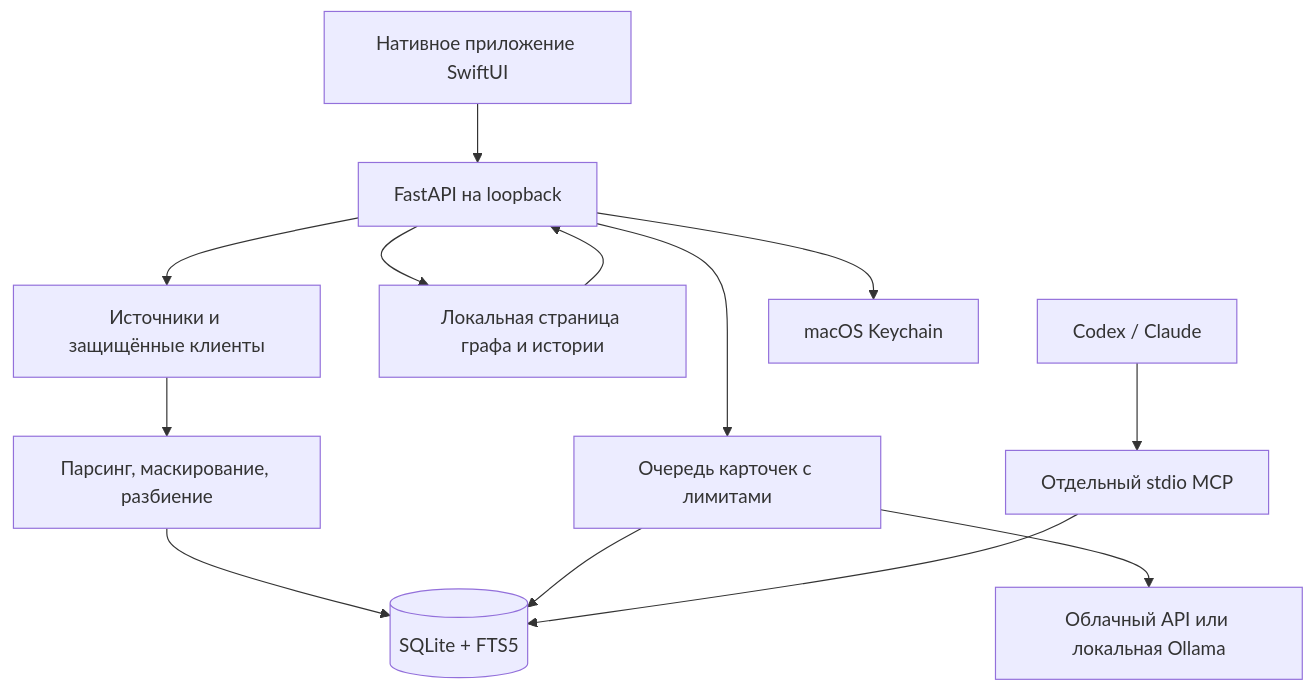
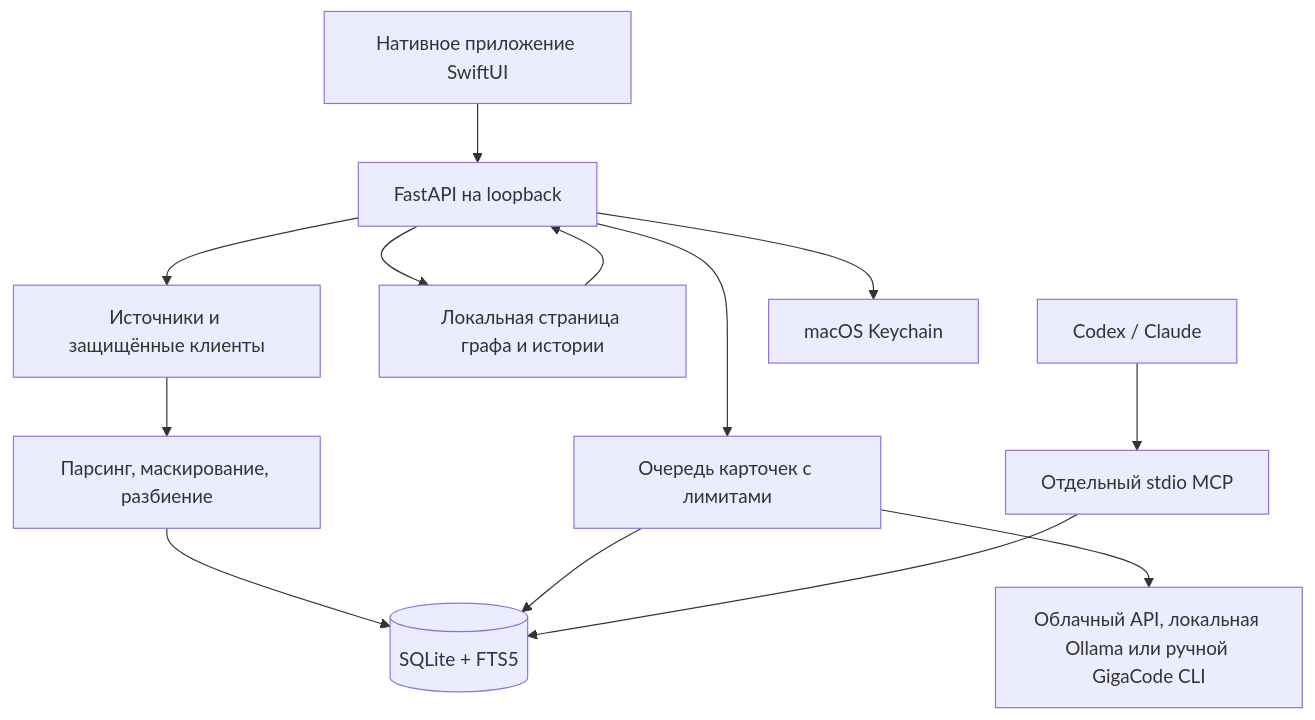
The diagram in docs/architecture.ru.md (PandaTBE/second-brain), drawn with Mermaid before and after one commit. The commit also changed other lines of this file and 41 other files, not shown here.

Commit message:
feat: release Second Brain 0.3.0 with GigaCode CLI

````diff
--- a/docs/architecture.ru.md
+++ b/docs/architecture.ru.md
@@ -7,15 +7,15 @@
 ```mermaid
 flowchart TD
     UI[Нативное приложение SwiftUI] --> API[FastAPI на loopback]
     API --> Sources[Источники и защищённые клиенты]
     Sources --> Import[Парсинг, маскирование, разбиение]
     Import --> DB[(SQLite + FTS5)]
     API --> Cards[Очередь карточек с лимитами]
-    Cards --> LLM[Облачный API или локальная Ollama]
+    Cards --> LLM[Облачный API, локальная Ollama или ручной GigaCode CLI]
     Cards --> DB
     API --> Graph[Локальная страница графа и истории]
     Graph --> API
     MCP[Отдельный stdio MCP] --> DB
     Agents[Codex / Claude] --> MCP
     API --> Vault[macOS Keychain]
 ```
````
